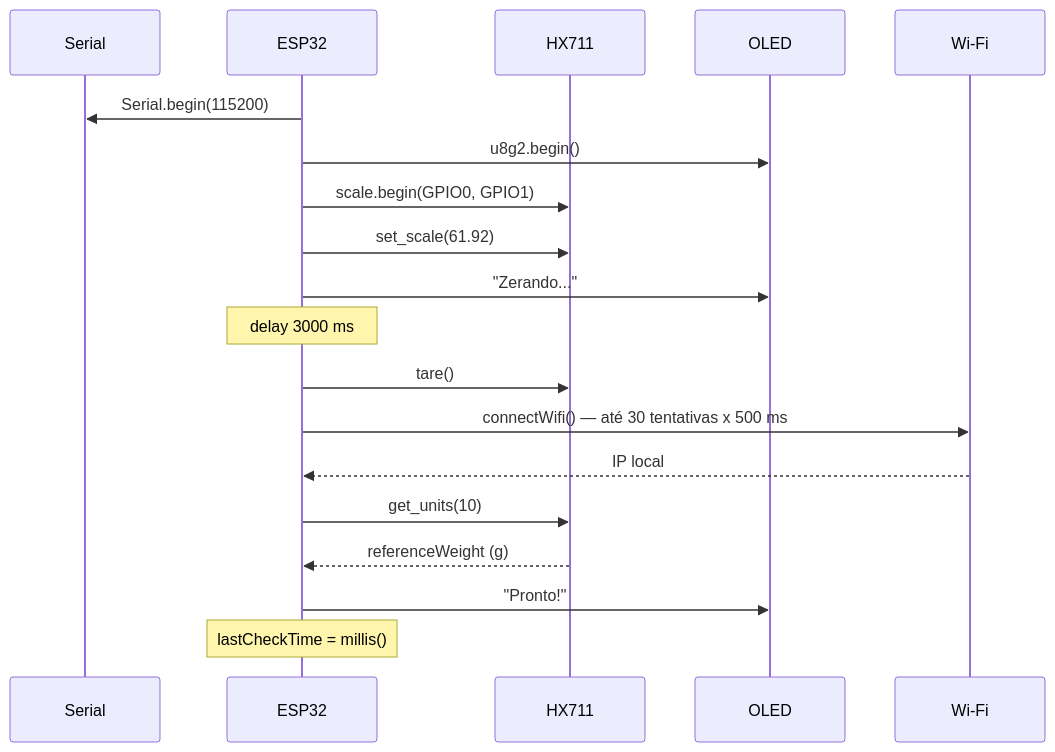
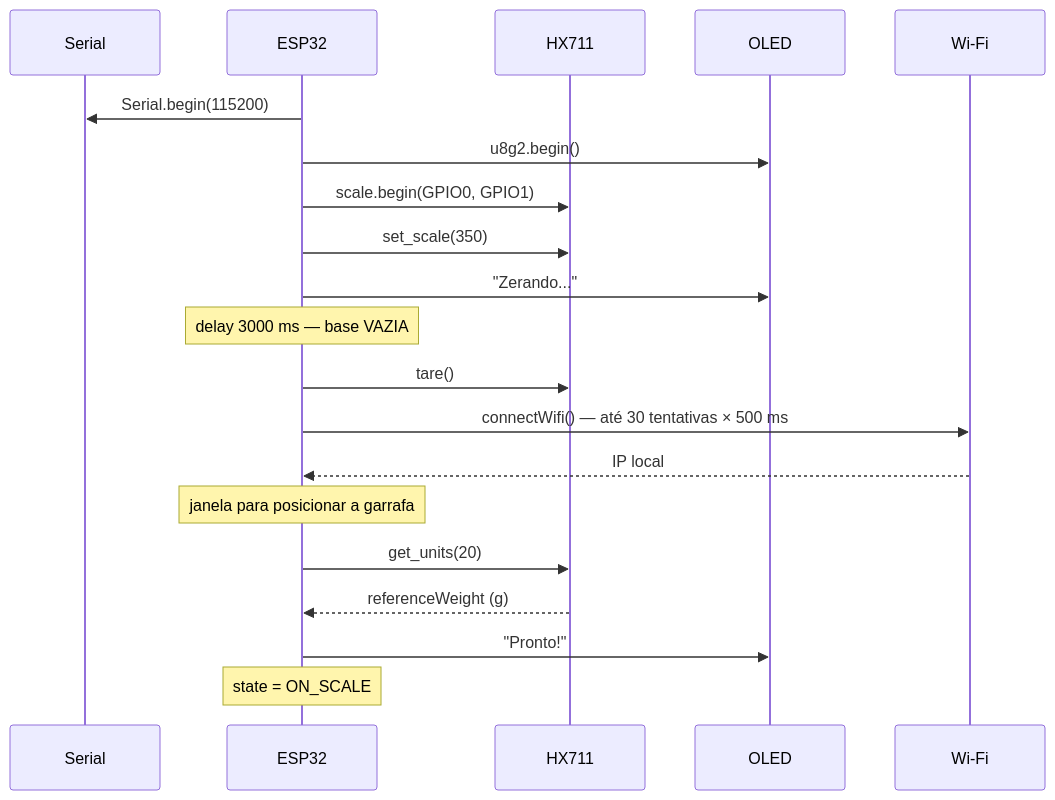
The third of 9 diagrams in README.md (stoneparker/cfa-water-intake), drawn with Mermaid before and after one commit. The commit also changed other lines of this file, not shown here.

````diff
--- a/README.md
+++ b/README.md
@@ -214,22 +594,23 @@
 ```mermaid
 sequenceDiagram
     participant S as Serial
     participant E as ESP32
     participant H as HX711
     participant O as OLED
     participant W as Wi-Fi
 
     E->>S: Serial.begin(115200)
     E->>O: u8g2.begin()
     E->>H: scale.begin(GPIO0, GPIO1)
-    E->>H: set_scale(61.92)
+    E->>H: set_scale(350)
     E->>O: "Zerando..."
-    Note over E: delay 3000 ms
+    Note over E: delay 3000 ms — base VAZIA
     E->>H: tare()
-    E->>W: connectWifi() — até 30 tentativas x 500 ms
+    E->>W: connectWifi() — até 30 tentativas × 500 ms
     W-->>E: IP local
-    E->>H: get_units(10)
+    Note over E: janela para posicionar a garrafa
+    E->>H: get_units(20)
     H-->>E: referenceWeight (g)
     E->>O: "Pronto!"
-    Note over E: lastCheckTime = millis()
+    Note over E: state = ON_SCALE
 ```
````
